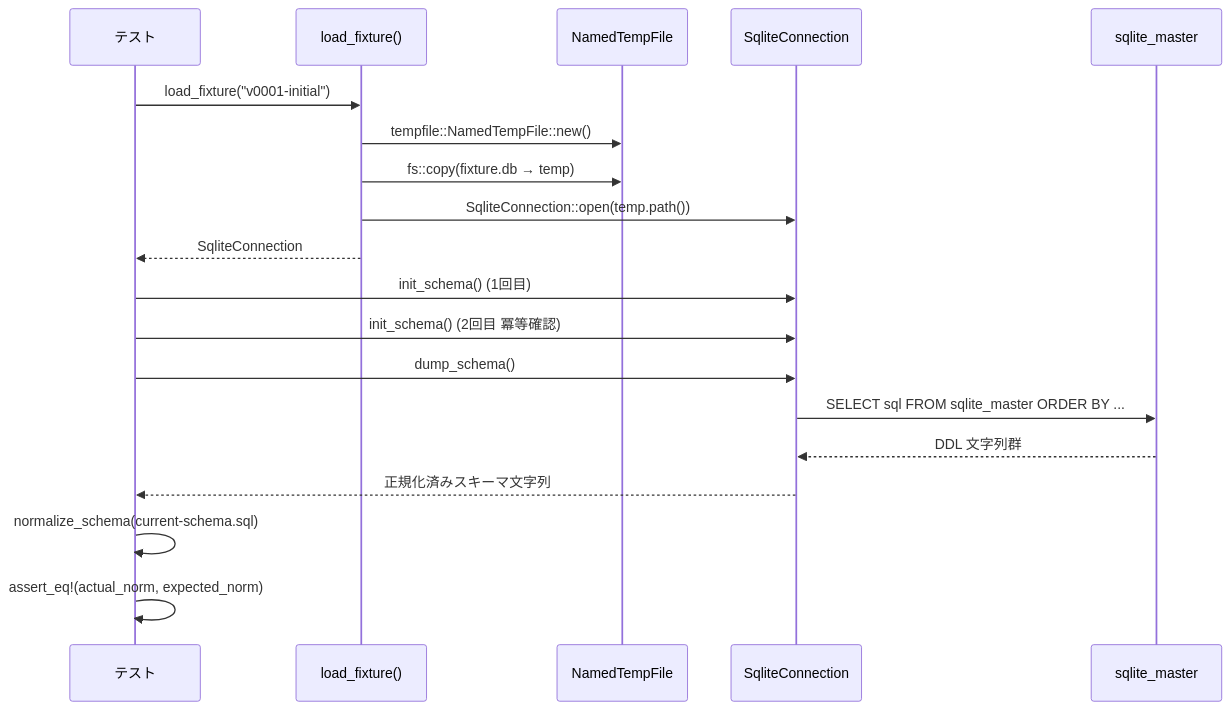
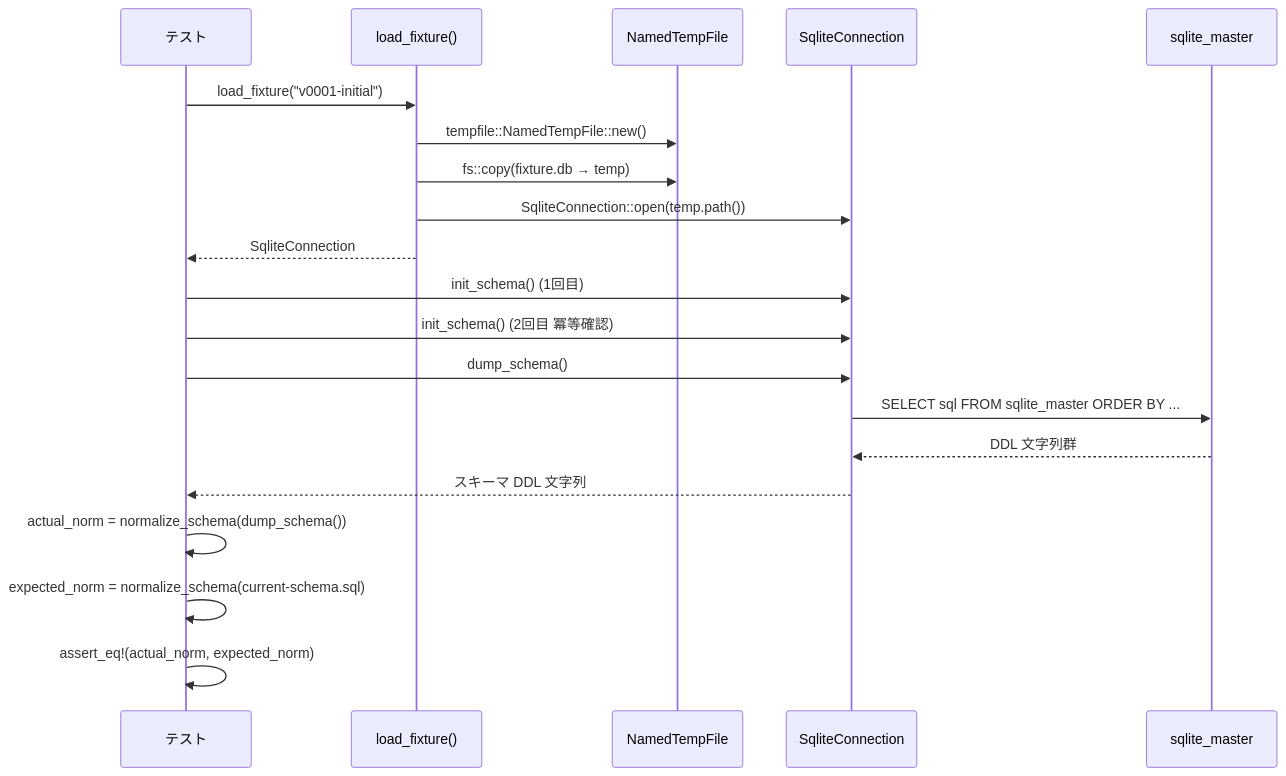
The second of 3 diagrams in .cupola/specs/issue-327/design.md (kyuki3rain/cupola), drawn with Mermaid before and after one commit. The commit also changed other lines of this file and 1 other file, not shown here.

First line of the commit message:
docs: normalize_schema の実装場所を MigrationTestInfra 側に統一し、統合テストの expect_used allow スコープを明記

````diff
--- a/.cupola/specs/issue-327/design.md
+++ b/.cupola/specs/issue-327/design.md
@@ -91,24 +92,25 @@
 ```mermaid
 sequenceDiagram
     participant T as テスト
     participant LF as load_fixture()
     participant TF as NamedTempFile
     participant SC as SqliteConnection
     participant SM as sqlite_master
 
     T->>LF: load_fixture("v0001-initial")
     LF->>TF: tempfile::NamedTempFile::new()
     LF->>TF: fs::copy(fixture.db → temp)
     LF->>SC: SqliteConnection::open(temp.path())
     LF-->>T: SqliteConnection
 
     T->>SC: init_schema() (1回目)
     T->>SC: init_schema() (2回目 冪等確認)
     T->>SC: dump_schema()
     SC->>SM: SELECT sql FROM sqlite_master ORDER BY ...
     SM-->>SC: DDL 文字列群
-    SC-->>T: 正規化済みスキーマ文字列
+    SC-->>T: スキーマ DDL 文字列
 
-    T->>T: normalize_schema(current-schema.sql)
+    T->>T: actual_norm = normalize_schema(dump_schema())
+    T->>T: expected_norm = normalize_schema(current-schema.sql)
     T->>T: assert_eq!(actual_norm, expected_norm)
 ```
````
